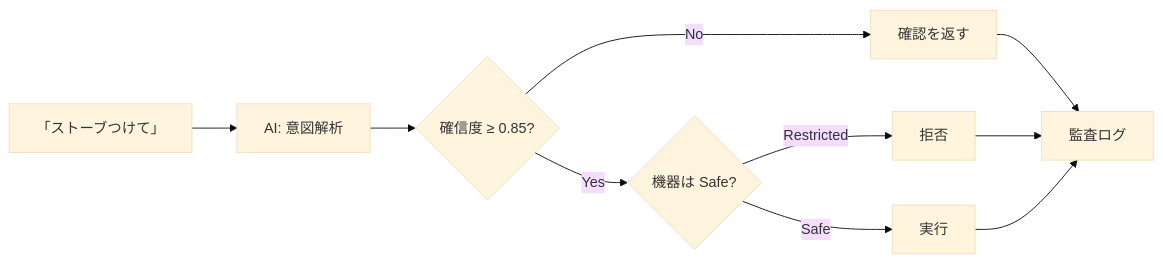
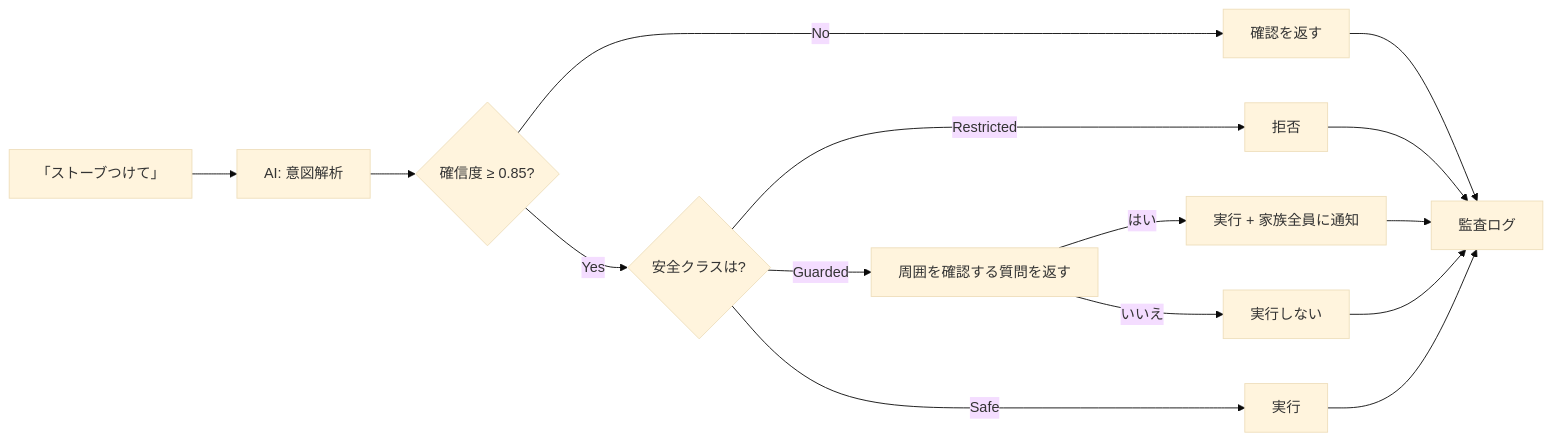
The first of 2 diagrams in docs/ARTICLE.md (monoqlo78/mimamoritai-careroute-ai), drawn with Mermaid (base theme) before and after one commit. The commit also changed other lines of this file and 26 other files, not shown here.

````diff
--- a/docs/ARTICLE.md
+++ b/docs/ARTICLE.md
@@ -93,12 +93,17 @@
 ```mermaid
 flowchart LR
     U["「ストーブつけて」"] --> AI["AI: 意図解析"]
     AI --> C{"確信度 ≥ 0.85?"}
     C -- No --> R1["確認を返す"]
-    C -- Yes --> S{"機器は Safe?"}
+    C -- Yes --> S{"安全クラスは?"}
     S -- "Restricted" --> R2["拒否"]
+    S -- "Guarded" --> Q["周囲を確認する質問を返す"]
     S -- "Safe" --> X["実行"]
+    Q -- "はい" --> X2["実行 + 家族全員に通知"]
+    Q -- "いいえ" --> R3["実行しない"]
     R1 --> L["監査ログ"]
     R2 --> L
+    R3 --> L
     X --> L
+    X2 --> L
 ```
````
